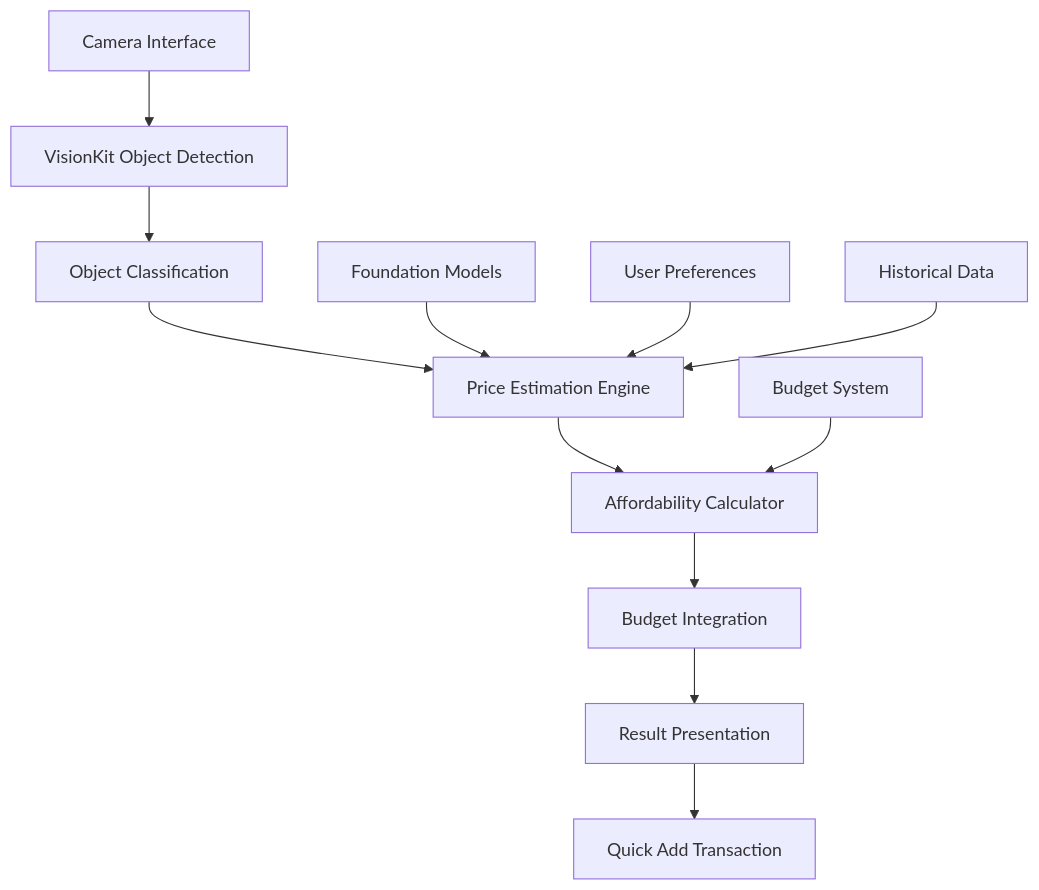
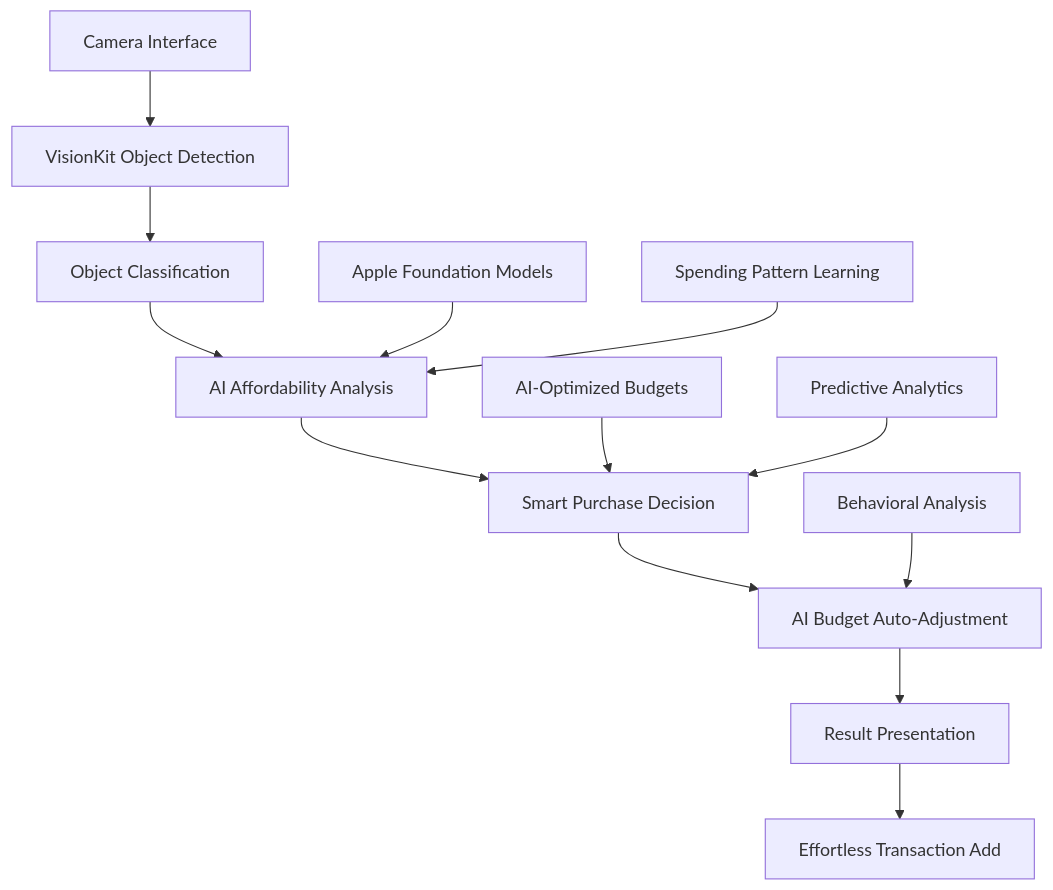
The diagram in .kiro/specs/camera-affordability-scanner/design.md (aicoder2009/Penny), drawn with Mermaid before and after one commit. The commit also changed other lines of this file and 5 other files, not shown here.

````diff
--- a/.kiro/specs/camera-affordability-scanner/design.md
+++ b/.kiro/specs/camera-affordability-scanner/design.md
@@ -11,15 +13,16 @@
 ```mermaid
 graph TB
     A[Camera Interface] --> B[VisionKit Object Detection]
     B --> C[Object Classification]
-    C --> D[Price Estimation Engine]
-    D --> E[Affordability Calculator]
-    E --> F[Budget Integration]
+    C --> D[AI Affordability Analysis]
+    D --> E[Smart Purchase Decision]
+    E --> F[AI Budget Auto-Adjustment]
     F --> G[Result Presentation]
-    G --> H[Quick Add Transaction]
+    G --> H[Effortless Transaction Add]
     
-    I[Foundation Models] --> D
-    J[Budget System] --> E
-    K[User Preferences] --> D
-    L[Historical Data] --> D
+    I[Apple Foundation Models] --> D
+    J[AI-Optimized Budgets] --> E
+    K[Spending Pattern Learning] --> D
+    L[Behavioral Analysis] --> F
+    M[Predictive Analytics] --> E
 ```
````
